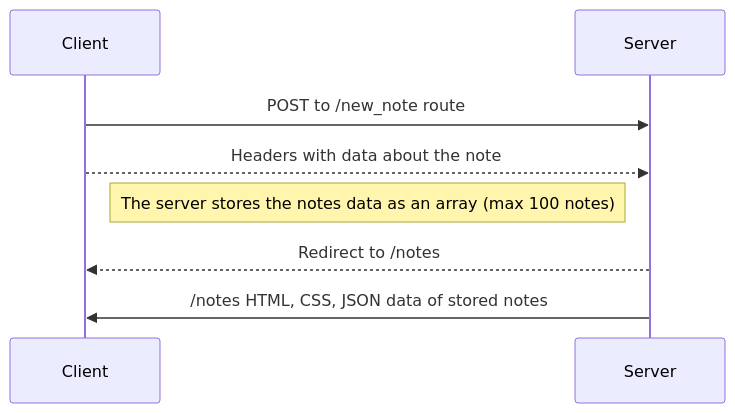
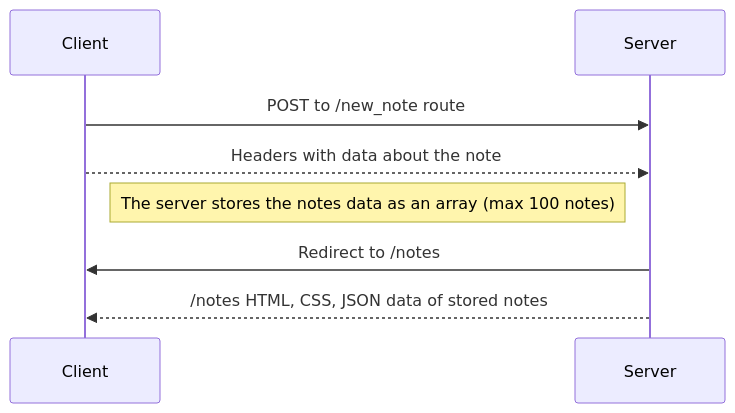
One commit to DannyLiehr/FullStackOpen changed the diagram in part0/0-4.md. Above: the diagram before and after it, drawn with Mermaid.

Commit message:
Changed server dotted lines to solid, and solid lines to dotted. I had them mixed up.

````diff
--- a/part0/0-4.md
+++ b/part0/0-4.md
@@ -1,9 +1,9 @@
 ```mermaid
 sequenceDiagram
 
     Client->>Server: POST to /new_note route
     Client-->>Server: Headers with data about the note
     Note left of Server: The server stores the notes data as an array (max 100 notes)
-    Server-->>Client: Redirect to /notes
-    Server->>Client: /notes HTML, CSS, JSON data of stored notes
+    Server->>Client: Redirect to /notes
+    Server-->>Client: /notes HTML, CSS, JSON data of stored notes
 ```
````
